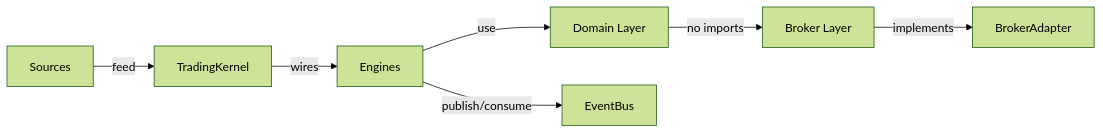
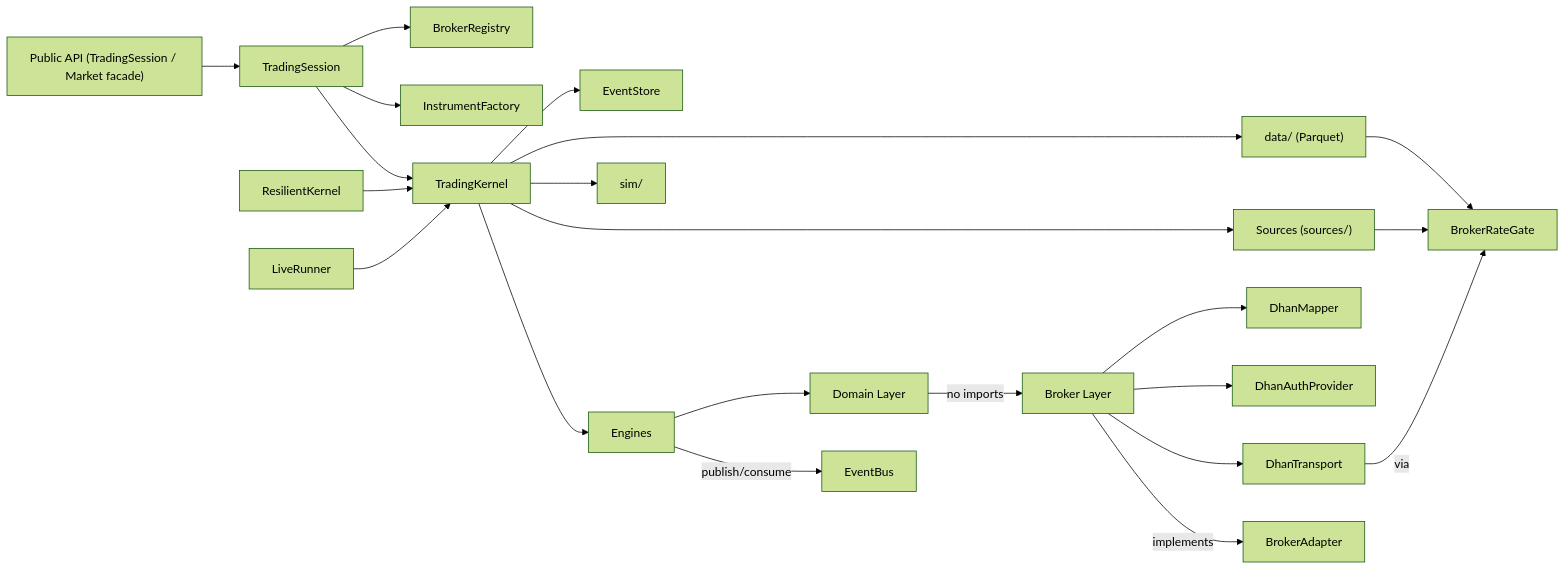
One commit to Ganesh-Kusundal/nTrade changed the ninth of 9 diagrams in .qoder/repowiki/en/content/Project Overview.md. Above: the diagram before and after it, drawn with Mermaid (forest theme). The commit also changed other lines of this file and 2201 other files, not shown here.

Commit message:
Integrate completeness: live runner hardening, broker adapter layers, rate-limiting infrastructure, data pipeline (parquet OHLCV + ingestion scripts), contract testing framework, options analytics, and updated architecture/knowledge docs

````diff
--- a/.qoder/repowiki/en/content/Project Overview.md
+++ b/.qoder/repowiki/en/content/Project Overview.md
@@ -454,9 +532,24 @@
 ```mermaid
 graph LR
-Domain["Domain Layer"] --> |no imports| BrokerLayer["Broker Layer"]
-Kernel["TradingKernel"] --> |wires| Engines["Engines"]
-Engines --> |publish/consume| Bus["EventBus"]
-Engines --> |use| Domain
-BrokerLayer --> |implements| Adapter["BrokerAdapter"]
-Sources["Sources"] --> |feed| Kernel
+API["Public API (TradingSession / Market facade)"] --> SESSION["TradingSession"]
+SESSION --> KERNEL["TradingKernel"]
+SESSION --> FACT["InstrumentFactory"]
+SESSION --> REG["BrokerRegistry"]
+RCK["ResilientKernel"] --> KERNEL
+LRUN["LiveRunner"] --> KERNEL
+KERNEL --> ENGINES["Engines"]
+ENGINES --> |publish/consume| Bus["EventBus"]
+KERNEL --> SRC["Sources (sources/)"]
+KERNEL --> SIM["sim/"]
+KERNEL --> DATA["data/ (Parquet)"]
+KERNEL --> STORE["EventStore"]
+DOMAIN["Domain Layer"] --> |no imports| BROKER["Broker Layer"]
+BROKER --> |implements| ADAPTER["BrokerAdapter"]
+BROKER --> DTRAN["DhanTransport"]
+BROKER --> DAUT["DhanAuthProvider"]
+BROKER --> DMAP["DhanMapper"]
+DTRAN --> |via| GATE["BrokerRateGate"]
+ENGINES --> DOMAIN
+SRC --> GATE
+DATA --> GATE
 ```
````
